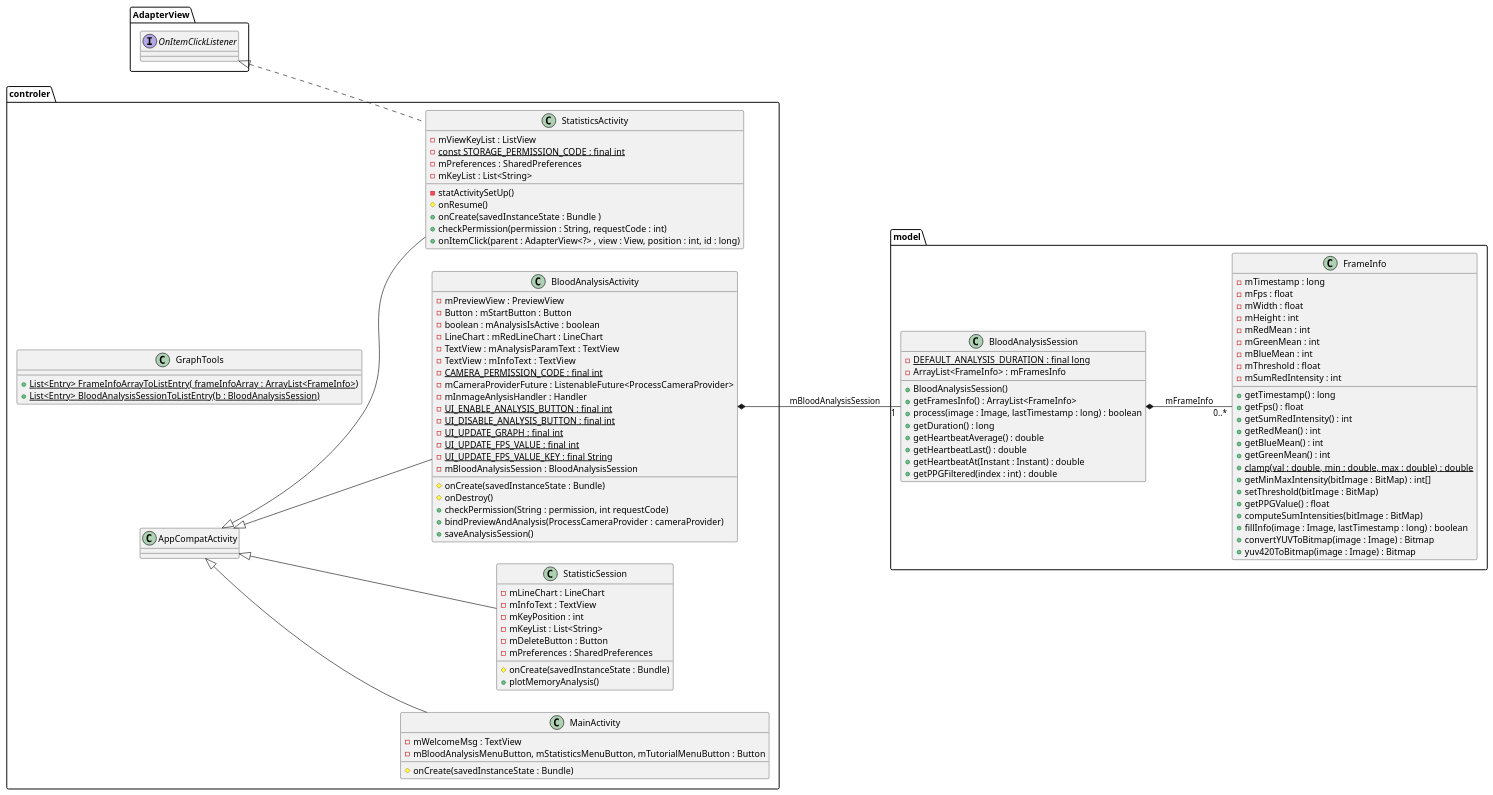
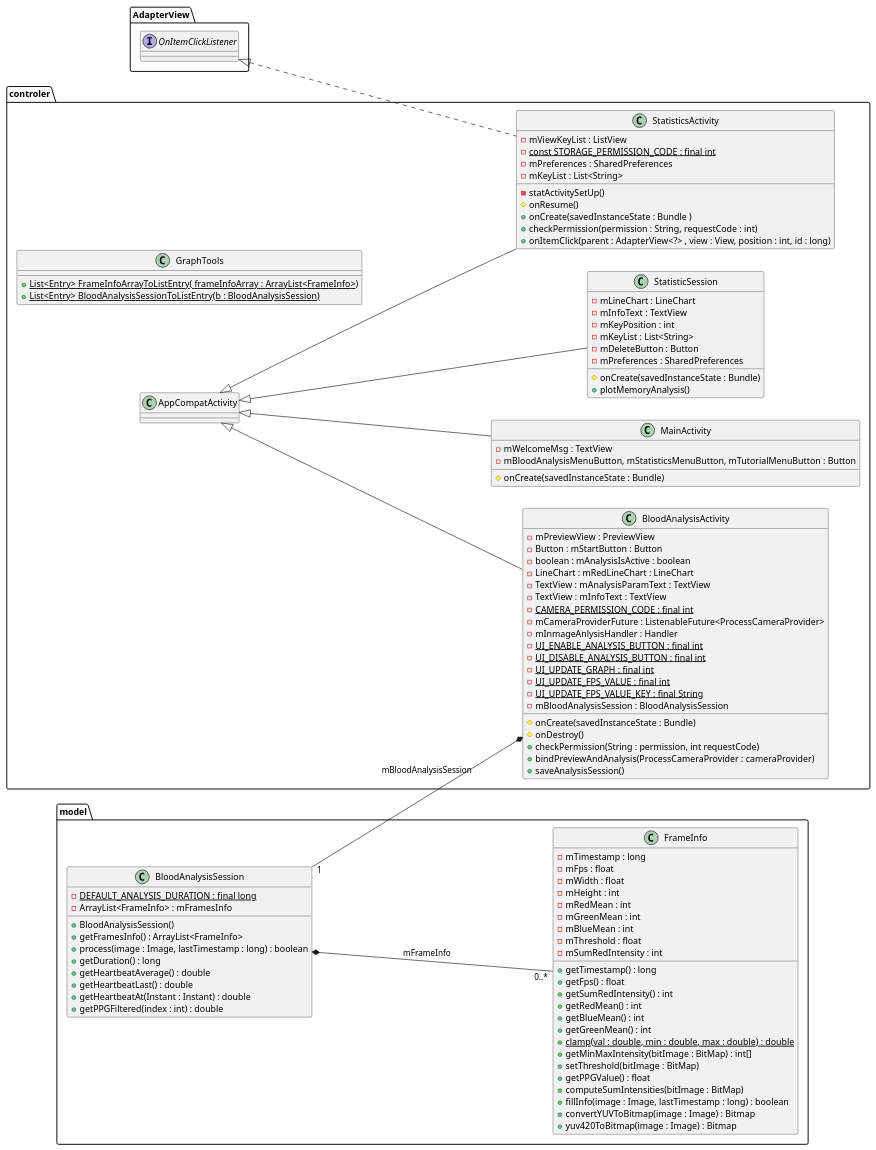
One commit to thisyilife/Smartphone-PPG changed the diagram in class_diagram.puml. Above: the diagram before and after it, drawn with PlantUML. The commit also changed other lines of this file, not shown here.

Commit message:
Improved class diagram

```diff
--- a/class_diagram.puml
+++ b/class_diagram.puml
@@ -1,111 +1,111 @@
 @startuml
 left to right direction
 
 interface AdapterView.OnItemClickListener
 
 package controler{
 class GraphTools {
 + {static} List<Entry> FrameInfoArrayToListEntry( frameInfoArray : ArrayList<FrameInfo>)
 + {static} List<Entry> BloodAnalysisSessionToListEntry(b : BloodAnalysisSession)
 }
 
 class MainActivity extends AppCompatActivity{
 - mWelcomeMsg : TextView
 - mBloodAnalysisMenuButton, mStatisticsMenuButton, mTutorialMenuButton : Button
 # onCreate(savedInstanceState : Bundle)
 }
 
 class StatisticsActivity extends AppCompatActivity implements AdapterView.OnItemClickListener{
 - mViewKeyList : ListView
 - {static}const STORAGE_PERMISSION_CODE : final int
 - mPreferences : SharedPreferences
 - mKeyList : List<String>
 
 - statActivitySetUp()
 # onResume()
 + onCreate(savedInstanceState : Bundle )
 + checkPermission(permission : String, requestCode : int)
 + onItemClick(parent : AdapterView<?> , view : View, position : int, id : long)
 }
 
 class StatisticSession extends AppCompatActivity{
 - mLineChart : LineChart
 - mInfoText : TextView
 - mKeyPosition : int
 - mKeyList : List<String>
 - mDeleteButton : Button
 - mPreferences : SharedPreferences
 
 # onCreate(savedInstanceState : Bundle)
 + plotMemoryAnalysis()
 }
 
 class BloodAnalysisActivity extends AppCompatActivity{
 - mPreviewView : PreviewView
 - Button : mStartButton : Button
 - boolean : mAnalysisIsActive : boolean
 - LineChart : mRedLineChart : LineChart
 - TextView : mAnalysisParamText : TextView
 - TextView : mInfoText : TextView
 - {static} CAMERA_PERMISSION_CODE : final int
 - mCameraProviderFuture : ListenableFuture<ProcessCameraProvider>
 - mInmageAnlysisHandler : Handler
 - {static} UI_ENABLE_ANALYSIS_BUTTON : final int
 - {static} UI_DISABLE_ANALYSIS_BUTTON : final int
 - {static} UI_UPDATE_GRAPH : final int
 - {static} UI_UPDATE_FPS_VALUE : final int
 - {static} UI_UPDATE_FPS_VALUE_KEY : final String
 - mBloodAnalysisSession : BloodAnalysisSession
 
 # onCreate(savedInstanceState : Bundle)
 # onDestroy()
 + checkPermission(String : permission, int requestCode)
 + bindPreviewAndAnalysis(ProcessCameraProvider : cameraProvider)
 + saveAnalysisSession()
 }
 }
 
 package model{
 class BloodAnalysisSession{
 - {static} DEFAULT_ANALYSIS_DURATION : final long
 - ArrayList<FrameInfo> : mFramesInfo
 + BloodAnalysisSession()
 + getFramesInfo() : ArrayList<FrameInfo>
 + process(image : Image, lastTimestamp : long) : boolean
 + getDuration() : long
 + getHeartbeatAverage() : double
 + getHeartbeatLast() : double
 + getHeartbeatAt(Instant : Instant) : double
 + getPPGFiltered(index : int) : double
 }
 BloodAnalysisSession *-- "0..*" FrameInfo : "mFrameInfo"
-BloodAnalysisActivity *-- "1" BloodAnalysisSession : mBloodAnalysisSession
+BloodAnalysisActivity *-up- "1" BloodAnalysisSession : mBloodAnalysisSession
 
 class FrameInfo{
 - mTimestamp : long
 - mFps : float
 - mWidth : float
 - mHeight : int
 - mRedMean : int
 - mGreenMean : int
 - mBlueMean : int
 - mThreshold : float
 - mSumRedIntensity : int
 
 + getTimestamp() : long
 + getFps() : float
 + getSumRedIntensity() : int
 + getRedMean() : int
 + getBlueMean() : int
 + getGreenMean() : int
 + {static} clamp(val : double, min : double, max : double) : double
 + getMinMaxIntensity(bitImage : BitMap) : int[]
 + setThreshold(bitImage : BitMap)
 + getPPGValue() : float
 + computeSumIntensities(bitImage : BitMap)
 + fillInfo(image : Image, lastTimestamp : long) : boolean
 + convertYUVToBitmap(image : Image) : Bitmap
 + yuv420ToBitmap(image : Image) : Bitmap
 }
 }
 @enduml
```
